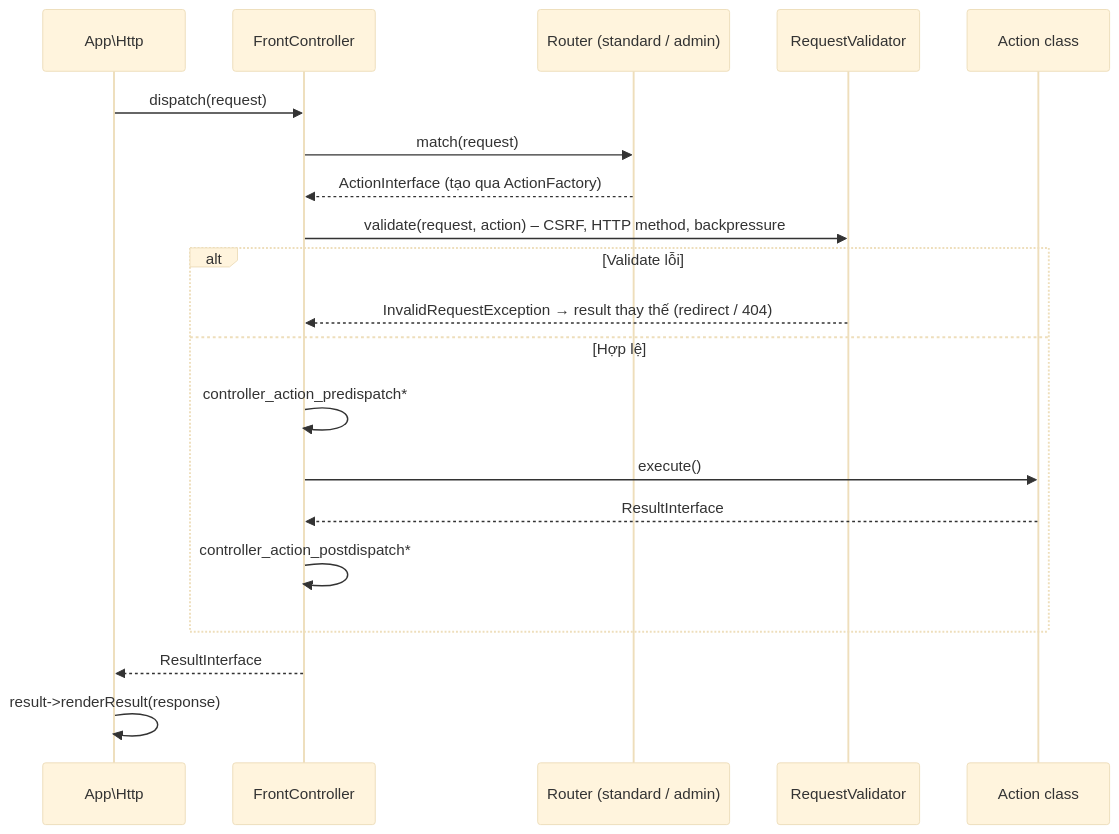
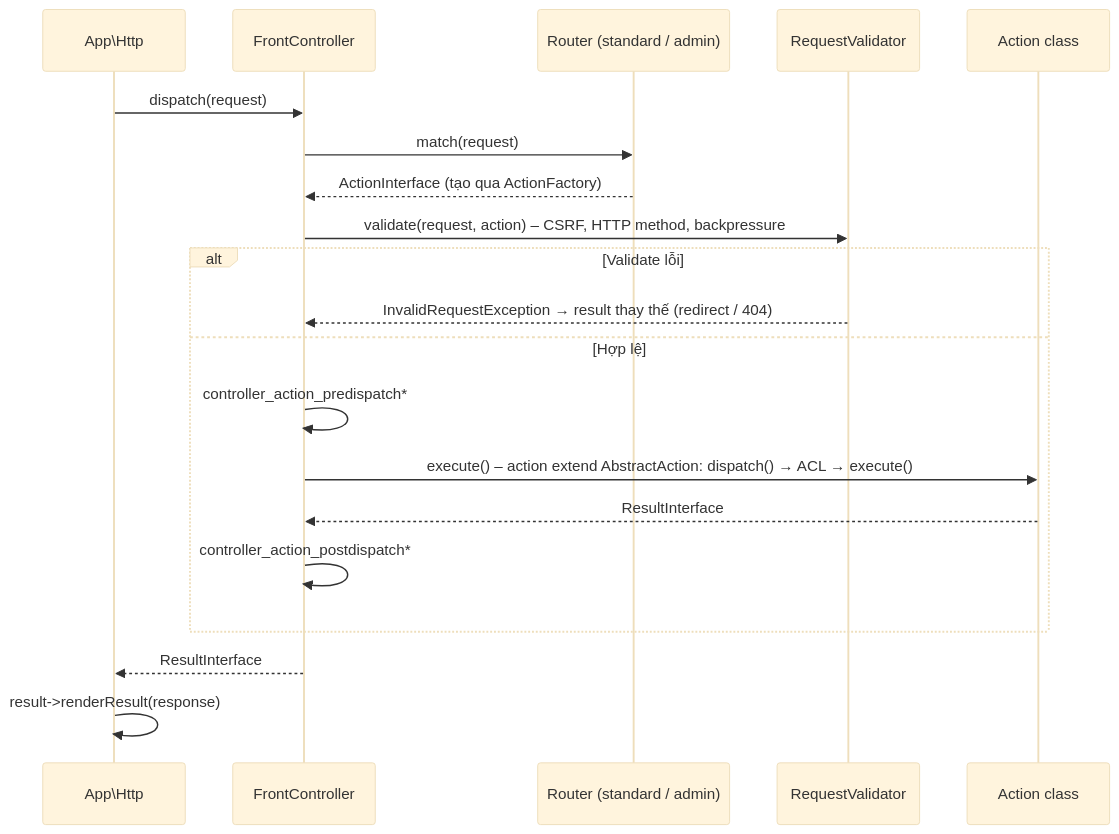
One commit to dpnam03/dev-doc changed the diagram in Dev Docs/10. Magento/10. Knowledge Base/Architecture/API Rest, Soap & Graphql/Controller.md. Above: the diagram before and after it, drawn with Mermaid (base theme). The commit also changed other lines of this file and 41 other files, not shown here.

First line of the commit message:
magento-base-knowledge-architecture - Review and fix Architecture docs against Magento 2.4.8-p5

````diff
--- a/Dev Docs/10. Magento/10. Knowledge Base/Architecture/API Rest, Soap & Graphql/Controller.md
+++ b/Dev Docs/10. Magento/10. Knowledge Base/Architecture/API Rest, Soap & Graphql/Controller.md
@@ -35,22 +35,22 @@
 ```mermaid
 sequenceDiagram
     participant App as App\Http
     participant FC as FrontController
     participant R as Router (standard / admin)
     participant V as RequestValidator
     participant A as Action class
     App->>FC: dispatch(request)
     FC->>R: match(request)
     R-->>FC: ActionInterface (tạo qua ActionFactory)
     FC->>V: validate(request, action) – CSRF, HTTP method, backpressure
     alt Validate lỗi
         V-->>FC: InvalidRequestException → result thay thế (redirect / 404)
     else Hợp lệ
         FC->>FC: controller_action_predispatch*
-        FC->>A: execute()
+        FC->>A: execute() – action extend AbstractAction: dispatch() → ACL → execute()
         A-->>FC: ResultInterface
         FC->>FC: controller_action_postdispatch*
     end
     FC-->>App: ResultInterface
     App->>App: result->renderResult(response)
 ```
````
